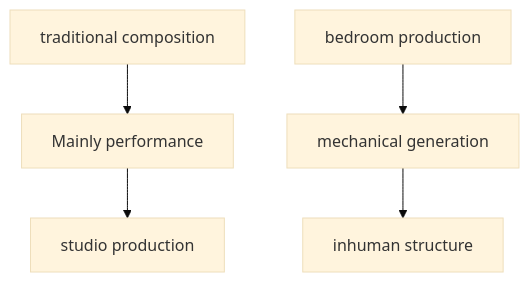
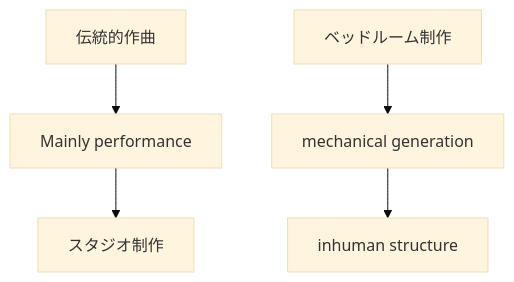
The tenth of 11 diagrams in en/_posts/2026-06-30-column-influential-album-02.md (monumental-movement/monumental-movement.github.io), drawn with Mermaid (base theme) before and after one commit. The commit also changed other lines of this file and 2196 other files, not shown here.

```diff
--- a/en/_posts/2026-06-30-column-influential-album-02.md
+++ b/en/_posts/2026-06-30-column-influential-album-02.md
@@ -1130,14 +1128,14 @@
 <div class="mermaid">
 flowchart TD
-A[traditional composition]
+A[伝統的作曲]
 B[Mainly performance]
-C[studio production]
+C[スタジオ制作]
 
-D[bedroom production]
+D[ベッドルーム制作]
 E[mechanical generation]
 F[inhuman structure]
 
 A --> B --> C
 D --> E --> F
 
 </div>
```
